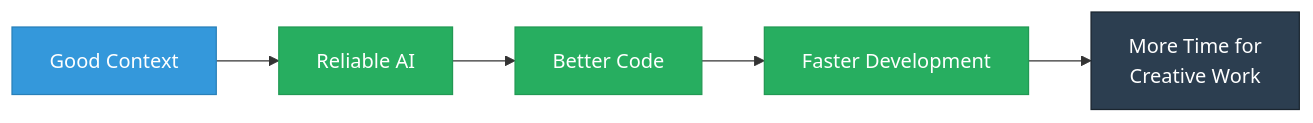
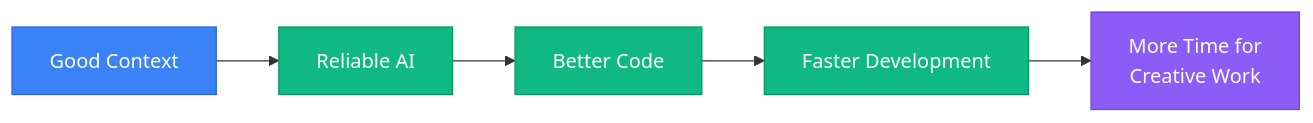
Before and after one commit to bprzybys-nc/ce-demo: the sixth of 6 diagrams in ce-demo-presentation.md, drawn with Mermaid. The commit also changed other lines of this file and 1 other file, not shown here.

````diff
--- a/ce-demo-presentation.md
+++ b/ce-demo-presentation.md
@@ -406,13 +406,13 @@
 ```mermaid
 graph LR
     A["Good Context"] --> B["Reliable AI"]
     B --> C["Better Code"]
     C --> D["Faster Development"]
     D --> E["More Time for<br/>Creative Work"]
 
-    style A fill:#3498DB,stroke:#2980B9,color:#fff
-    style B fill:#27AE60,stroke:#229954,color:#fff
-    style C fill:#27AE60,stroke:#229954,color:#fff
-    style D fill:#27AE60,stroke:#229954,color:#fff
-    style E fill:#2C3E50,stroke:#1A252F,color:#fff
+    style A fill:#3B82F6,stroke:#2563EB,color:#fff
+    style B fill:#10B981,stroke:#059669,color:#fff
+    style C fill:#10B981,stroke:#059669,color:#fff
+    style D fill:#10B981,stroke:#059669,color:#fff
+    style E fill:#8B5CF6,stroke:#7C3AED,color:#fff
 ```
````
